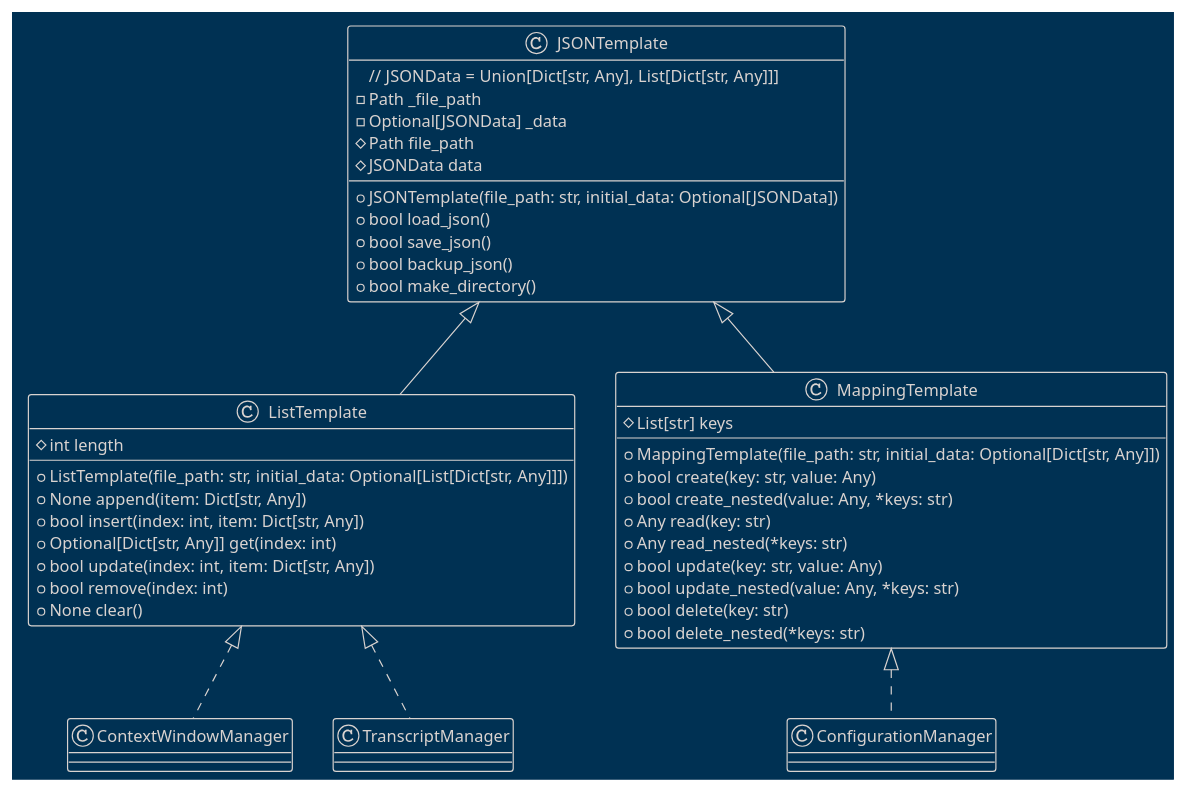
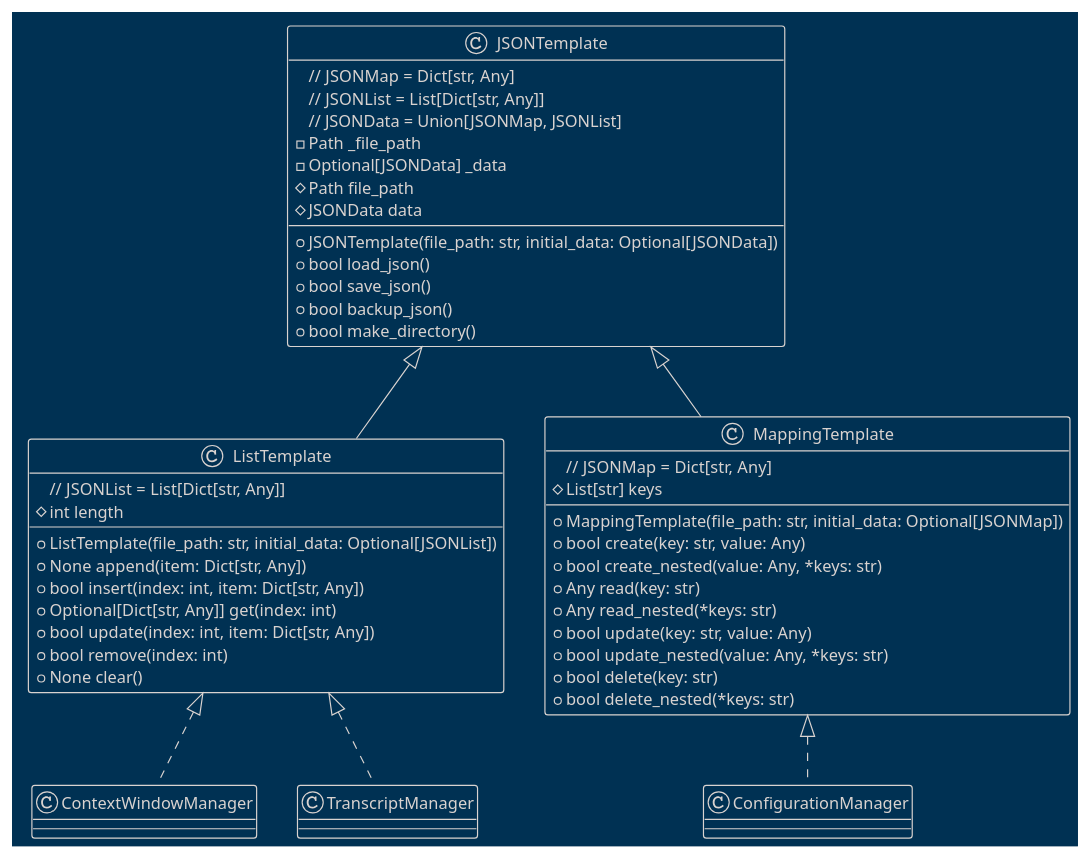
Before and after one commit to teleprint-me/py.gpt.prompt: the diagram in docs/diagrams/plantuml/mapping_templates.puml, drawn with PlantUML.

Commit message:
docs: Add clear data type aliases for JSON data management

```diff
--- a/docs/diagrams/plantuml/mapping_templates.puml
+++ b/docs/diagrams/plantuml/mapping_templates.puml
@@ -1,49 +1,53 @@
 @startuml MappingTemplates
 !theme blueprint
 
 class JSONTemplate {
-    // JSONData = Union[Dict[str, Any], List[Dict[str, Any]]]
+    // JSONMap = Dict[str, Any]
+    // JSONList = List[Dict[str, Any]]
+    // JSONData = Union[JSONMap, JSONList]
     - Path _file_path
     - Optional[JSONData] _data
     + JSONTemplate(file_path: str, initial_data: Optional[JSONData])
     # Path file_path
     # JSONData data
     + bool load_json()
     + bool save_json()
     + bool backup_json()
     + bool make_directory()
 }
 
 class ListTemplate extends JSONTemplate {
-    + ListTemplate(file_path: str, initial_data: Optional[List[Dict[str, Any]]])
+    // JSONList = List[Dict[str, Any]]
+    + ListTemplate(file_path: str, initial_data: Optional[JSONList])
     # int length
     + None append(item: Dict[str, Any])
     + bool insert(index: int, item: Dict[str, Any])
     + Optional[Dict[str, Any]] get(index: int)
     + bool update(index: int, item: Dict[str, Any])
     + bool remove(index: int)
     + None clear()
 }
 
 class MappingTemplate extends JSONTemplate {
-    + MappingTemplate(file_path: str, initial_data: Optional[Dict[str, Any]])
+    // JSONMap = Dict[str, Any]
+    + MappingTemplate(file_path: str, initial_data: Optional[JSONMap])
     # List[str] keys
     + bool create(key: str, value: Any)
     + bool create_nested(value: Any, *keys: str)
     + Any read(key: str)
     + Any read_nested(*keys: str)
     + bool update(key: str, value: Any)
     + bool update_nested(value: Any, *keys: str)
     + bool delete(key: str)
     + bool delete_nested(*keys: str)
 }
 
 class ConfigurationManager
 MappingTemplate <|.. ConfigurationManager
 
 class ContextWindowManager
 ListTemplate <|.. ContextWindowManager
 
 class TranscriptManager
 ListTemplate <|.. TranscriptManager
 @enduml
```
